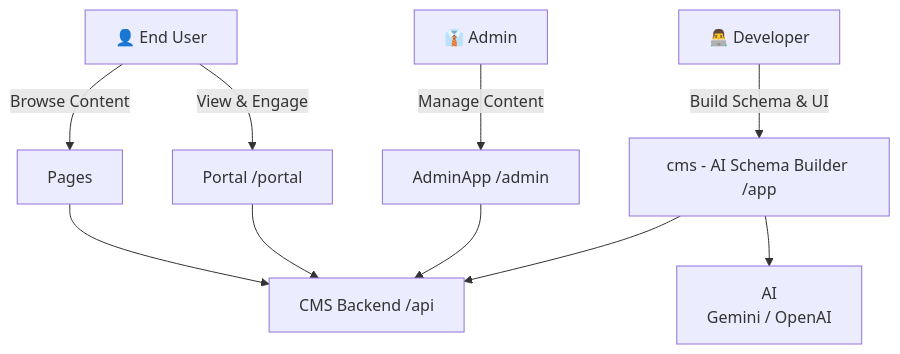
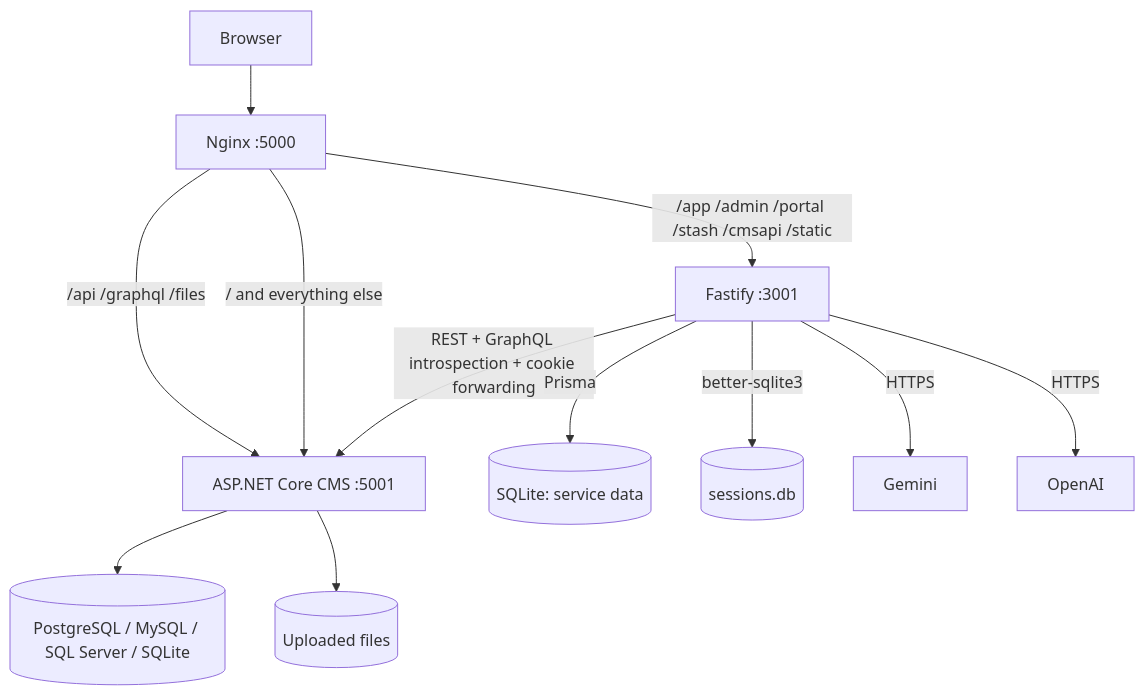
One commit to Senthil455/CMS changed the diagram in docs/wiki/Architecture.md. Above: the diagram before and after it, drawn with Mermaid. The commit also changed other lines of this file and 14 other files, not shown here.

````diff
--- a/docs/wiki/Architecture.md
+++ b/docs/wiki/Architecture.md
@@ -5,30 +9,17 @@
 ```mermaid
 graph TD
-    %% Users
-    U1[👨‍💻 Developer]
-    U2[👔 Admin]
-    U3[👤 End User]
+    B[Browser] --> N[Nginx :5000]
 
-    %% User Interfaces
-    A[cms - AI Schema Builder /app]
-    C[AdminApp /admin]
-    D[Portal /portal]
-    P[Pages]
+    N -->|/app /admin /portal /stash /cmsapi /static| F[Fastify :3001]
+    N -->|/api /graphql /files| D[ASP.NET Core CMS :5001]
+    N -->|/ and everything else| D
 
-    %% Backend Services
-    B[CMS Backend /api]
-    E[AI<br>Gemini / OpenAI]
+    F -->|REST + GraphQL introspection + cookie forwarding| D
+    F -->|Prisma| S[(SQLite: service data)]
+    F -->|better-sqlite3| SS[(sessions.db)]
+    F -->|HTTPS| G[Gemini]
+    F -->|HTTPS| O[OpenAI]
 
-    %% User → UI
-    U1 -->|Build Schema & UI| A
-    U2 -->|Manage Content| C
-    U3 -->|View & Engage| D
-    U3 -->|Browse Content| P
-
-    %% UI → Backend
-    A --> B
-    A --> E
-    C --> B
-    D --> B
-    P --> B
+    D --> C[(PostgreSQL / MySQL / SQL Server / SQLite)]
+    D --> FS[(Uploaded files)]
 ```
````
